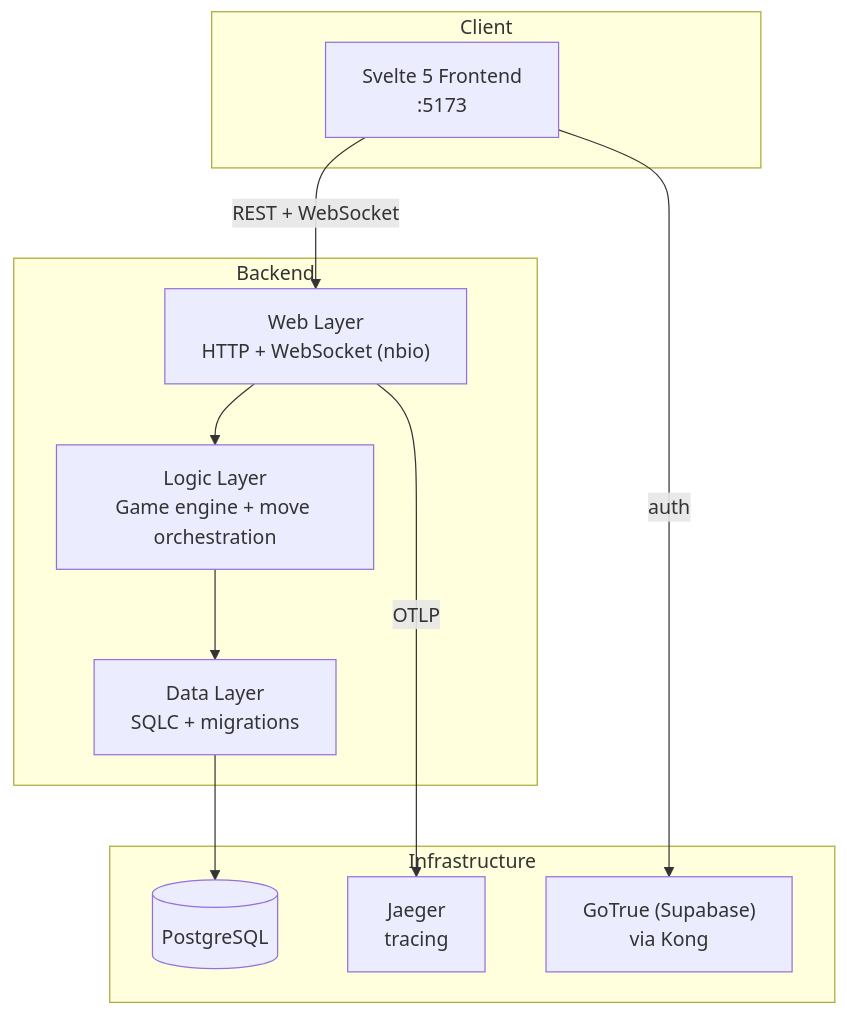
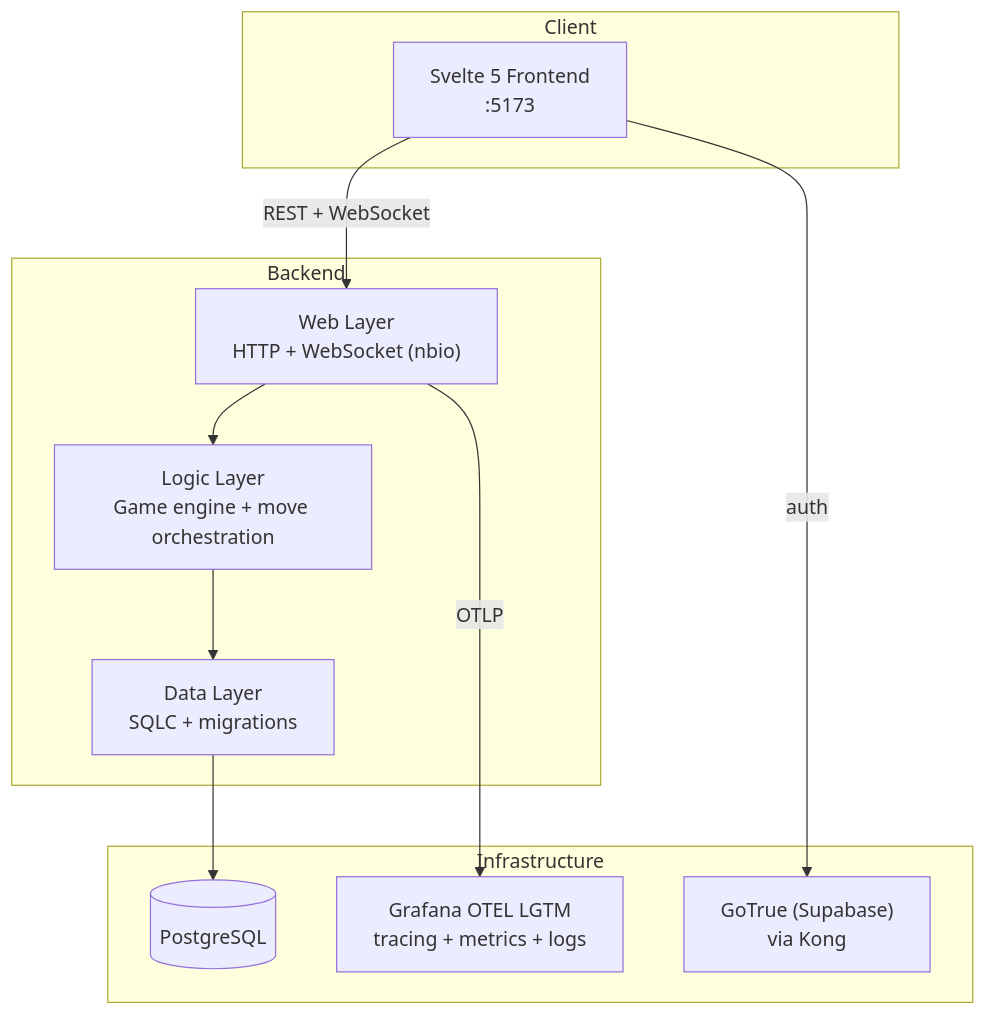
The diagram in README.md (go-risk-it/go-risk-it), drawn with Mermaid before and after one commit. The commit also changed other lines of this file and 1 other file, not shown here.

First line of the commit message:
fix(docs): update stale references in README and architecture docs

````diff
--- a/README.md
+++ b/README.md
@@ -15,25 +15,25 @@
 ```mermaid
 graph TD
     subgraph Client
         FE["Svelte 5 Frontend\n:5173"]
     end
 
     subgraph Backend
         WEB["Web Layer\nHTTP + WebSocket (nbio)"]
         LOGIC["Logic Layer\nGame engine + move orchestration"]
         DATA["Data Layer\nSQLC + migrations"]
     end
 
     subgraph Infrastructure
         PG[("PostgreSQL")]
         AUTH["GoTrue (Supabase)\nvia Kong"]
-        JAEGER["Jaeger\ntracing"]
+        LGTM["Grafana OTEL LGTM\ntracing + metrics + logs"]
     end
 
     FE -->|"REST + WebSocket"| WEB
     FE -->|"auth"| AUTH
     WEB --> LOGIC
     LOGIC --> DATA
     DATA --> PG
-    WEB -->|"OTLP"| JAEGER
+    WEB -->|"OTLP"| LGTM
 ```
````
